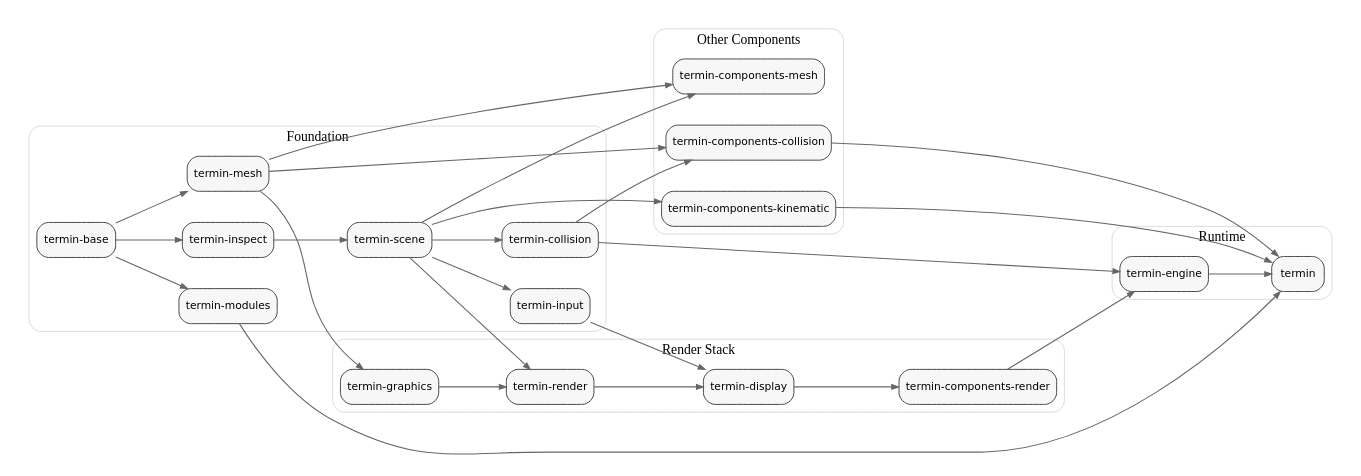
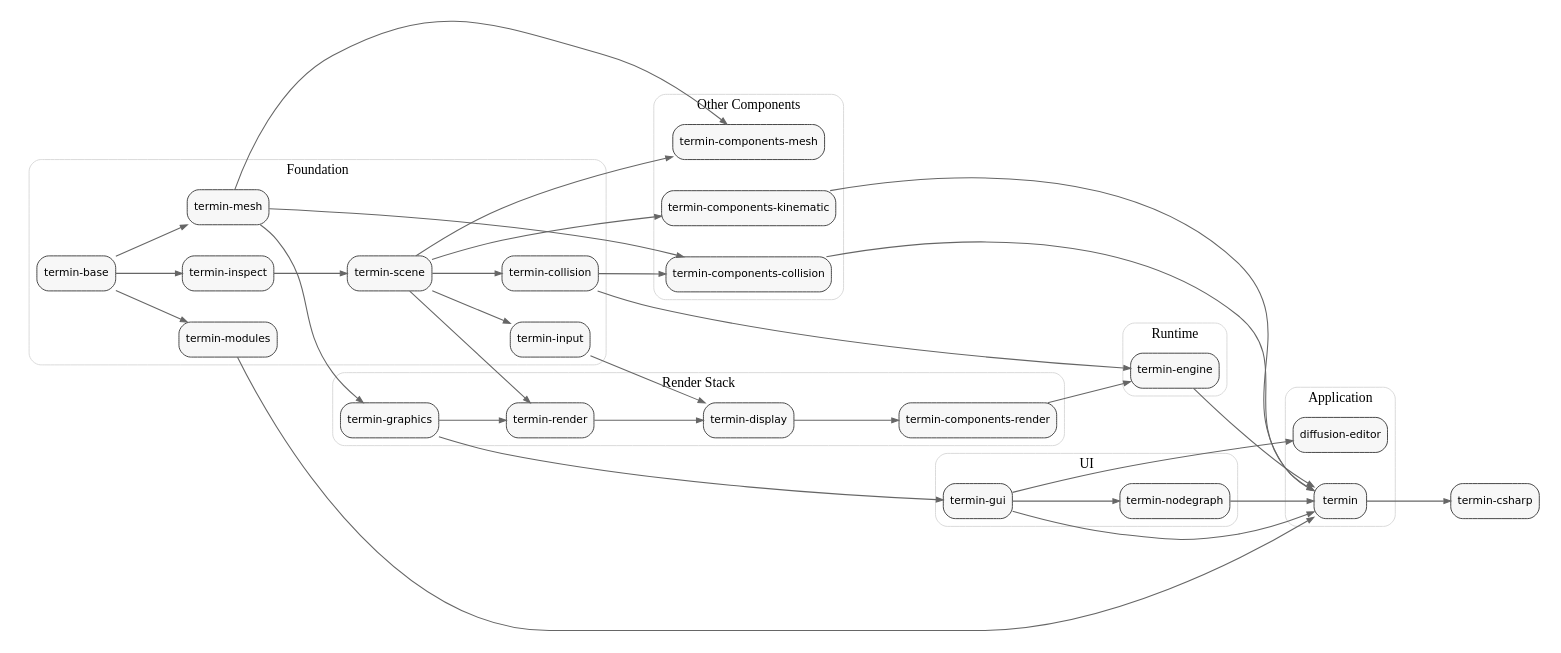
Before and after one commit to mirmik/termin: the diagram in docs/library-dependencies.dot, drawn with Graphviz. The commit also changed 4 other files, not shown here.

```diff
--- a/docs/library-dependencies.dot
+++ b/docs/library-dependencies.dot
@@ -1,85 +1,107 @@
 digraph termin_dependencies {
 	graph [bgcolor=white,
 		nodesep=0.45,
 		overlap=false,
 		pad=0.2,
 		rankdir=LR,
 		ranksep=0.9,
 		splines=true
 	];
 	node [color="#444444",
 		fillcolor="#f7f7f7",
 		fontname="DejaVu Sans",
 		fontsize=11,
 		margin="0.10,0.06",
 		shape=box,
 		style="rounded,filled"
 	];
 	edge [arrowsize=0.7,
 		color="#666666",
 		penwidth=1.1
 	];
 	subgraph cluster_foundation {
 		graph [color="#d9d9d9",
 			label=Foundation,
 			style=rounded
 		];
 		"termin-base";
 		"termin-mesh";
 		"termin-inspect";
 		"termin-scene";
 		"termin-input";
 		"termin-modules";
 		"termin-collision";
 	}
 	subgraph cluster_render {
 		graph [color="#d9d9d9",
 			label="Render Stack",
 			style=rounded
 		];
 		"termin-graphics";
 		"termin-render";
 		"termin-display";
 		"termin-components-render";
 	}
 	subgraph cluster_components {
 		graph [color="#d9d9d9",
 			label="Other Components",
 			style=rounded
 		];
 		"termin-components-collision";
 		"termin-components-mesh";
 		"termin-components-kinematic";
 	}
 	subgraph cluster_runtime {
 		graph [color="#d9d9d9",
 			label=Runtime,
 			style=rounded
 		];
 		"termin-engine";
+	}
+	subgraph cluster_ui {
+		graph [color="#d9d9d9",
+			label=UI,
+			style=rounded
+		];
+		"termin-gui";
+		"termin-nodegraph";
+	}
+	subgraph cluster_application {
+		graph [color="#d9d9d9",
+			label=Application,
+			style=rounded
+		];
 		termin;
+		"diffusion-editor";
 	}
+	"termin-csharp";
 	"termin-base" -> "termin-mesh";
 	"termin-base" -> "termin-inspect";
+	"termin-base" -> "termin-modules";
+	"termin-mesh" -> "termin-graphics";
+	"termin-mesh" -> "termin-components-collision";
+	"termin-mesh" -> "termin-components-mesh";
 	"termin-inspect" -> "termin-scene";
 	"termin-scene" -> "termin-input";
-	"termin-base" -> "termin-modules";
 	"termin-scene" -> "termin-collision";
-	"termin-mesh" -> "termin-graphics";
 	"termin-scene" -> "termin-render";
+	"termin-scene" -> "termin-components-mesh";
+	"termin-scene" -> "termin-components-kinematic";
+	"termin-input" -> "termin-display";
+	"termin-collision" -> "termin-engine";
+	"termin-collision" -> "termin-components-collision";
 	"termin-graphics" -> "termin-render";
-	"termin-input" -> "termin-display";
+	"termin-graphics" -> "termin-gui";
 	"termin-render" -> "termin-display";
 	"termin-display" -> "termin-components-render";
-	"termin-mesh" -> "termin-components-collision";
-	"termin-collision" -> "termin-components-collision";
-	"termin-mesh" -> "termin-components-mesh";
-	"termin-scene" -> "termin-components-mesh";
-	"termin-scene" -> "termin-components-kinematic";
-	"termin-collision" -> "termin-engine";
 	"termin-components-render" -> "termin-engine";
-	"termin-modules" -> termin;
 	"termin-components-collision" -> termin;
 	"termin-components-kinematic" -> termin;
+	"termin-modules" -> termin;
 	"termin-engine" -> termin;
+	"termin-gui" -> termin;
+	"termin-nodegraph" -> termin;
+	termin -> "termin-csharp";
+	"termin-gui" -> "termin-nodegraph";
+	"termin-gui" -> "diffusion-editor";
 }
```
